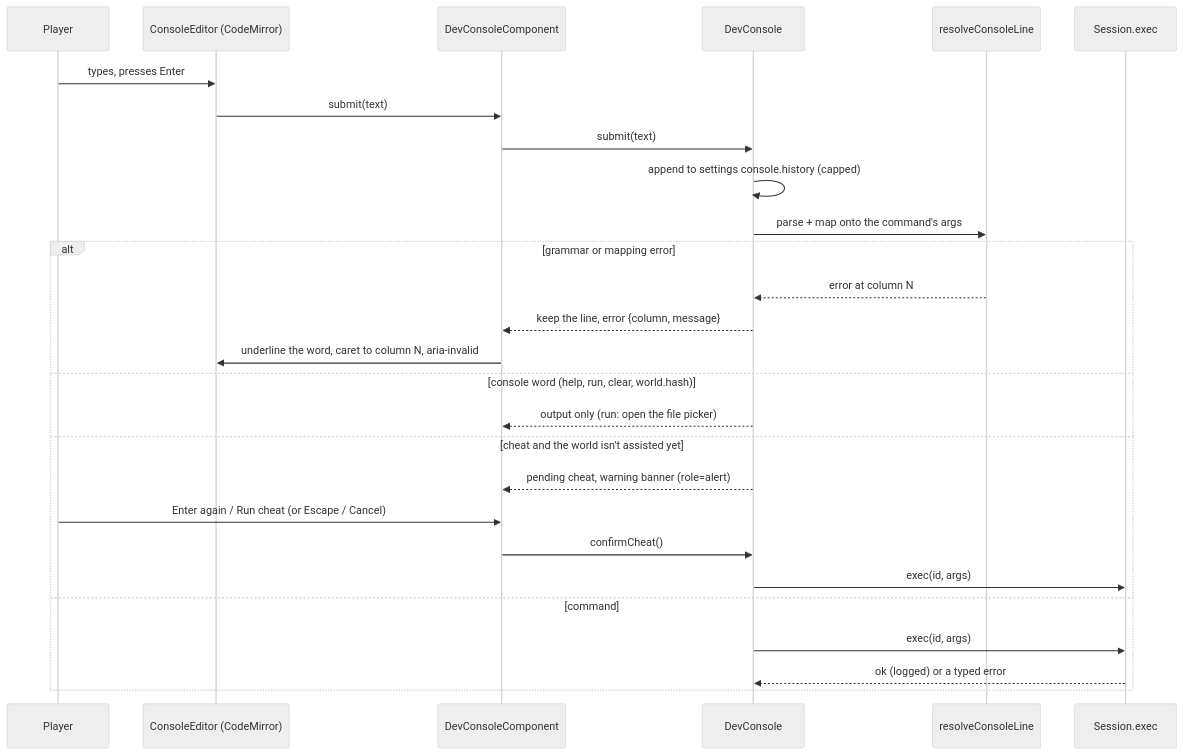
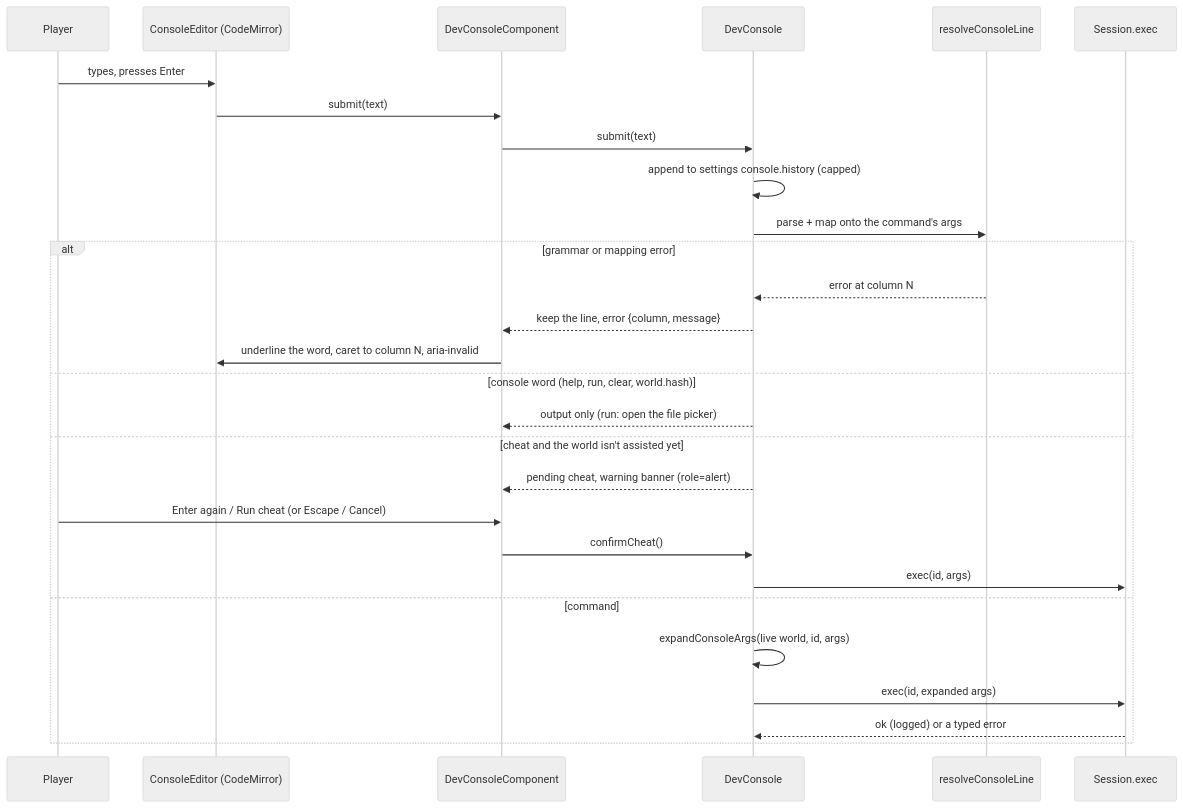
One commit to joebarbere/controls changed the second of 2 diagrams in docs/architecture/console.md. Above: the diagram before and after it, drawn with Mermaid (neutral theme). The commit also changed other lines of this file and 32 other files, not shown here.

````diff
--- a/docs/architecture/console.md
+++ b/docs/architecture/console.md
@@ -45,30 +48,31 @@
 ```mermaid
 sequenceDiagram
     participant P as Player
     participant E as ConsoleEditor (CodeMirror)
     participant C as DevConsoleComponent
     participant S as DevConsole
     participant R as resolveConsoleLine
     participant X as Session.exec
 
     P->>E: types, presses Enter
     E->>C: submit(text)
     C->>S: submit(text)
     S->>S: append to settings console.history (capped)
     S->>R: parse + map onto the command's args
     alt grammar or mapping error
         R-->>S: error at column N
         S-->>C: keep the line, error {column, message}
         C->>E: underline the word, caret to column N, aria-invalid
     else console word (help, run, clear, world.hash)
         S-->>C: output only (run: open the file picker)
     else cheat and the world isn't assisted yet
         S-->>C: pending cheat, warning banner (role=alert)
         P->>C: Enter again / Run cheat (or Escape / Cancel)
         C->>S: confirmCheat()
         S->>X: exec(id, args)
     else command
-        S->>X: exec(id, args)
+        S->>S: expandConsoleArgs(live world, id, args)
+        S->>X: exec(id, expanded args)
         X-->>S: ok (logged) or a typed error
     end
 ```
````
